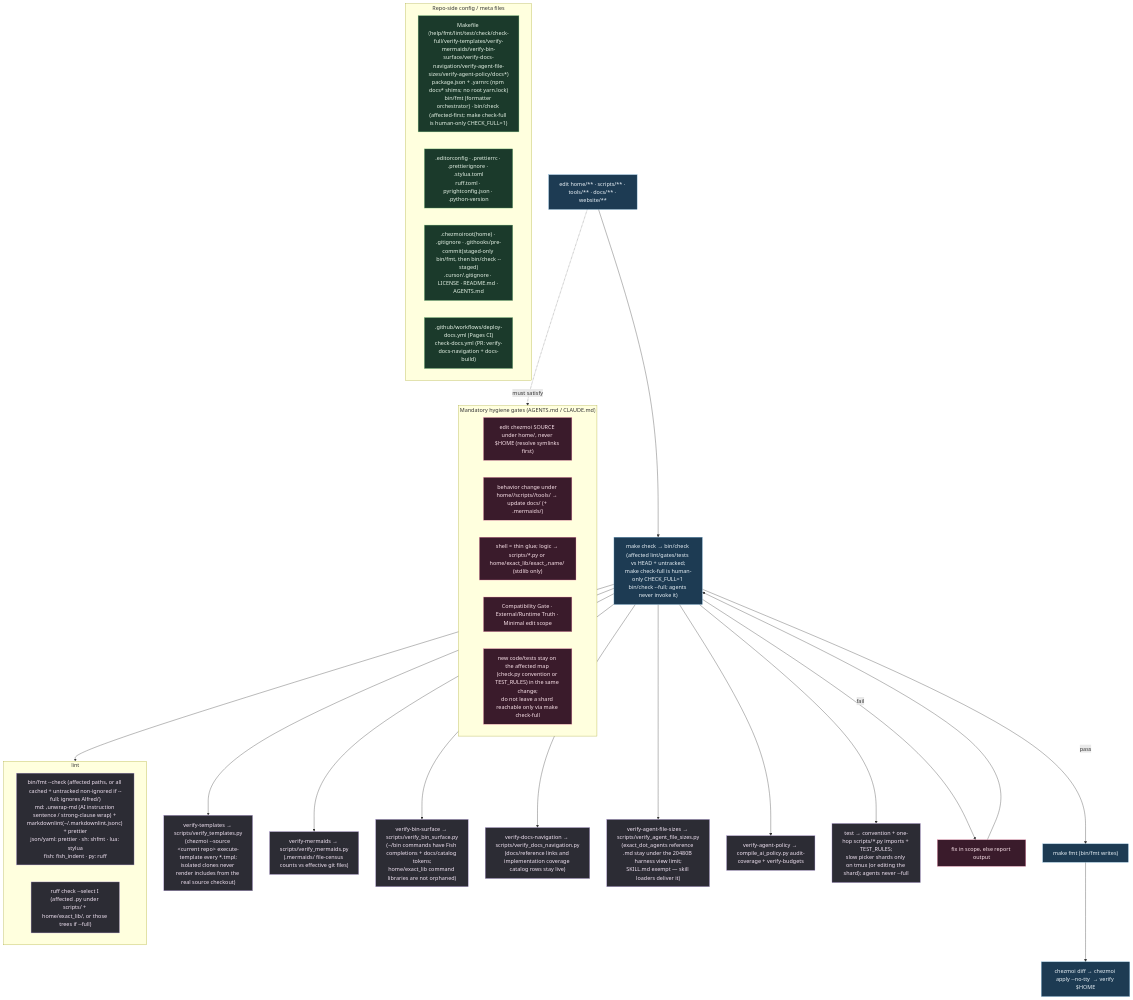
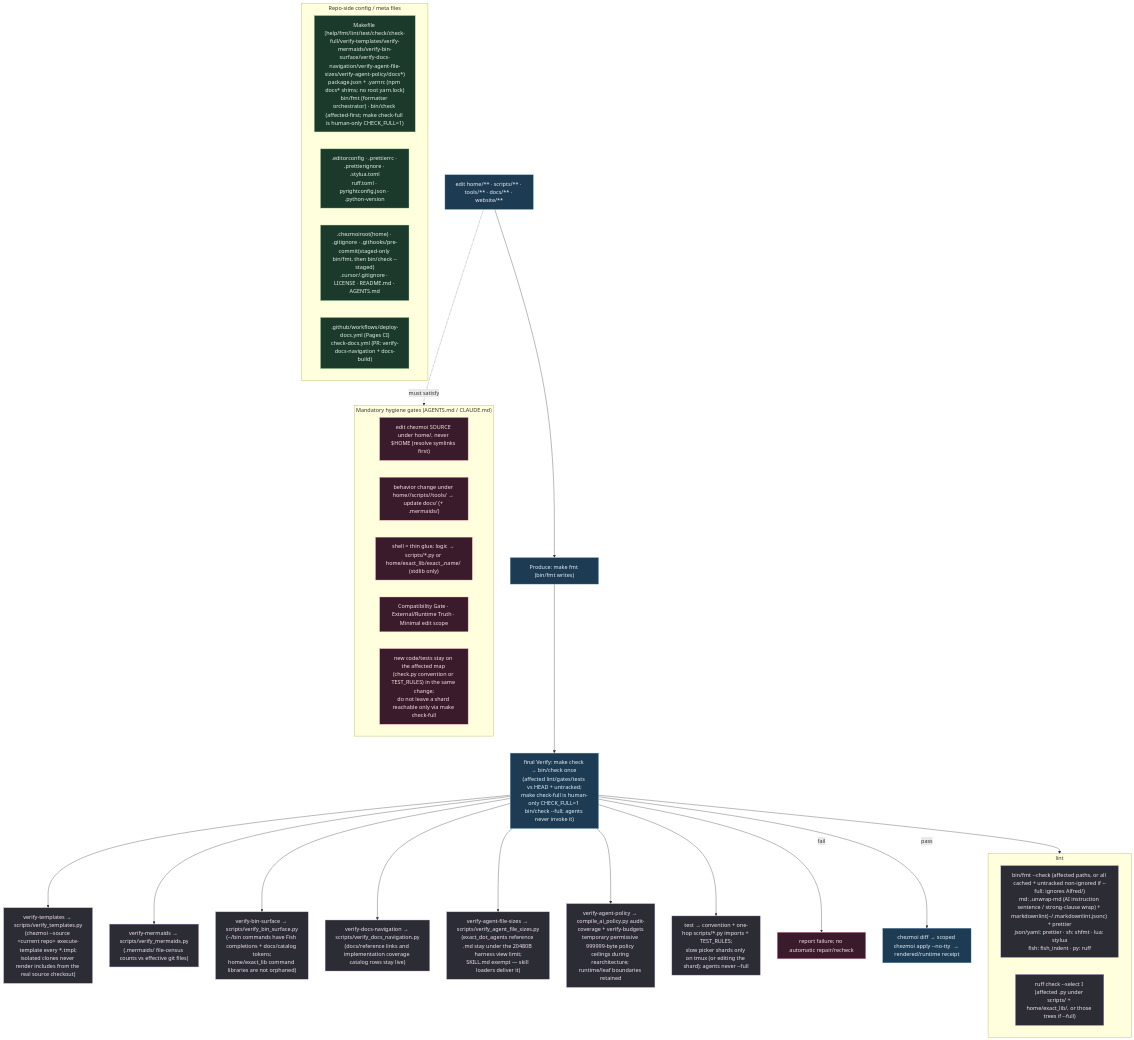
One commit to kapral18/dotfiles changed the diagram in .mermaids/09-repo-validation.mmd. Above: the diagram before and after it, drawn with Mermaid. The commit also changed 164 other files, not shown here.

First line of the commit message:
feat(subagents): redesign subagent contracts and introduce explicit Scope→Understand→Produce→Verify→Deliver pipeline

```diff
--- a/.mermaids/09-repo-validation.mmd
+++ b/.mermaids/09-repo-validation.mmd
@@ -1,46 +1,46 @@
 %% ============================================================================
 %% 09-repo-validation.mmd — Repo dev loop + every repo-side config/meta file.
-%% After every change: `make check` then `make fmt`. `make check` is affected-only
+%% Produce: `make fmt`; integrated final Verify: `make check` once. `make check` is affected-only
 %% (`bin/check` vs dirty paths). `make check-full` is human-only (`CHECK_FULL=1 bin/check --full`);
 %% agents must never invoke it. Pre-commit: staged-only bin/fmt, then `bin/check --staged`.
 %% ============================================================================
 flowchart TD
     classDef mk fill:#1d3b53,stroke:#7fb3d5,color:#eaf2f8;
     classDef tool fill:#2c2c34,stroke:#b39ddb,color:#f3e5f5;
     classDef gate fill:#3a1b2b,stroke:#f48fb1,color:#fce4ec;
     classDef cfg fill:#1b3a2b,stroke:#81c784,color:#e8f5e9;
 
-    EDIT["edit home/** · scripts/** · tools/** · docs/** · website/**"]:::mk --> CHECK["make check → bin/check (affected lint/gates/tests vs HEAD + untracked;<br/>make check-full is human-only CHECK_FULL=1 bin/check --full; agents never invoke it)"]:::mk
+    EDIT["edit home/** · scripts/** · tools/** · docs/** · website/**"]:::mk --> FMTW["Produce: make fmt (bin/fmt writes)"]:::mk
+    FMTW --> CHECK["final Verify: make check → bin/check once (affected lint/gates/tests vs HEAD + untracked;<br/>make check-full is human-only CHECK_FULL=1 bin/check --full; agents never invoke it)"]:::mk
 
     subgraph LINT["lint"]
         FMT["bin/fmt --check (affected paths, or all cached + untracked non-ignored if --full; ignores Alfred/)<br/>md: ,unwrap-md (AI instruction sentence / strong-clause wrap) + markdownlint(~/.markdownlint.jsonc) + prettier<br/>json/yaml: prettier · sh: shfmt · lua: stylua<br/>fish: fish_indent · py: ruff"]:::tool
         RUFFI["ruff check --select I (affected .py under scripts/ + home/exact_lib/, or those trees if --full)"]:::tool
     end
     VT["verify-templates → scripts/verify_templates.py<br/>(chezmoi --source &lt;current repo&gt; execute-template every *.tmpl;<br/>isolated clones never render includes from the real source checkout)"]:::tool
     VM["verify-mermaids → scripts/verify_mermaids.py<br/>(.mermaids/ file-census counts vs effective git files)"]:::tool
     VB["verify-bin-surface → scripts/verify_bin_surface.py<br/>(~/bin commands have Fish completions + docs/catalog tokens;<br/>home/exact_lib command libraries are not orphaned)"]:::tool
     VDN["verify-docs-navigation → scripts/verify_docs_navigation.py<br/>(docs/reference links and implementation coverage catalog rows stay live)"]:::tool
     VAF["verify-agent-file-sizes → scripts/verify_agent_file_sizes.py<br/>(exact_dot_agents reference .md stay under the 20480B harness view limit;<br/>SKILL.md exempt — skill loaders deliver it)"]:::tool
-    VAP["verify-agent-policy → compile_ai_policy.py audit-coverage + verify-budgets"]:::tool
+    VAP["verify-agent-policy → compile_ai_policy.py audit-coverage + verify-budgets<br/>temporary permissive 999999-byte policy ceilings during rearchitecture; runtime/leaf boundaries retained"]:::tool
     TST["test → convention + one-hop scripts/*.py imports + TEST_RULES;<br/>slow picker shards only on tmux (or editing the shard); agents never --full"]:::tool
     CHECK --> LINT & VT & VM & VB & VDN & VAF & VAP & TST
 
-    CHECK -->|fail| FIX["fix in scope, else report output"]:::gate --> CHECK
-    CHECK -->|pass| FMTW["make fmt (bin/fmt writes)"]:::mk
-    FMTW --> APPLY["chezmoi diff → chezmoi apply --no-tty <target> → verify $HOME"]:::mk
+    CHECK -->|fail| STOP["report failure; no automatic repair/recheck"]:::gate
+    CHECK -->|pass| APPLY["chezmoi diff → scoped chezmoi apply --no-tty <target> → rendered/runtime receipt"]:::mk
 
     subgraph CONFIG["Repo-side config / meta files"]
         C1["Makefile (help/fmt/lint/test/check/check-full/verify-templates/verify-mermaids/verify-bin-surface/verify-docs-navigation/verify-agent-file-sizes/verify-agent-policy/docs*)<br/>package.json + .yarnrc (npm docs* shims; no root yarn.lock)<br/>bin/fmt (formatter orchestrator) · bin/check (affected-first; make check-full is human-only CHECK_FULL=1)"]:::cfg
         C2[".editorconfig · .prettierrc · .prettierignore · .stylua.toml<br/>ruff.toml · pyrightconfig.json · .python-version"]:::cfg
         C3[".chezmoiroot(home) · .gitignore · .githooks/pre-commit(staged-only bin/fmt, then bin/check --staged)<br/>.cursor/.gitignore · LICENSE · README.md · AGENTS.md"]:::cfg
         C4[".github/workflows/deploy-docs.yml (Pages CI)<br/>check-docs.yml (PR: verify-docs-navigation + docs-build)"]:::cfg
     end
 
     subgraph HYG["Mandatory hygiene gates (AGENTS.md / CLAUDE.md)"]
         G1["edit chezmoi SOURCE under home/, never $HOME (resolve symlinks first)"]:::gate
         G2["behavior change under home//scripts//tools/ → update docs/ (+ .mermaids/)"]:::gate
         G3["shell = thin glue; logic → scripts/*.py or home/exact_lib/exact_,name/ (stdlib only)"]:::gate
         G4["Compatibility Gate · External/Runtime Truth · Minimal edit scope"]:::gate
         G5["new code/tests stay on the affected map (check.py convention or TEST_RULES) in the same change;<br/>do not leave a shard reachable only via make check-full"]:::gate
     end
     EDIT -.must satisfy.-> HYG
```
